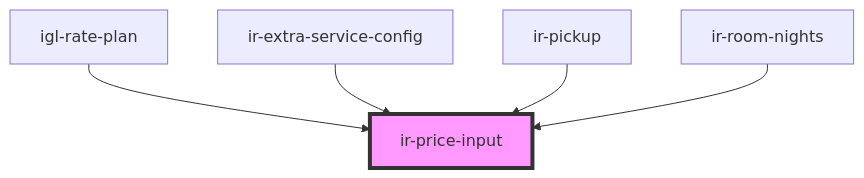
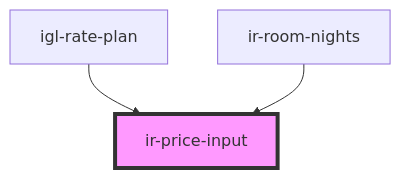
Before and after one commit to David1Chowaifaty/modified-ir-webcmp: the diagram in src/components/ui/ir-price-input/readme.md, drawn with Mermaid. The commit also changed other lines of this file and 69 other files, not shown here.

````diff
--- a/src/components/ui/ir-price-input/readme.md
+++ b/src/components/ui/ir-price-input/readme.md
@@ -51,8 +49,6 @@
 ```mermaid
 graph TD;
   igl-rate-plan --> ir-price-input
-  ir-extra-service-config --> ir-price-input
-  ir-pickup --> ir-price-input
   ir-room-nights --> ir-price-input
   style ir-price-input fill:#f9f,stroke:#333,stroke-width:4px
 ```
````
